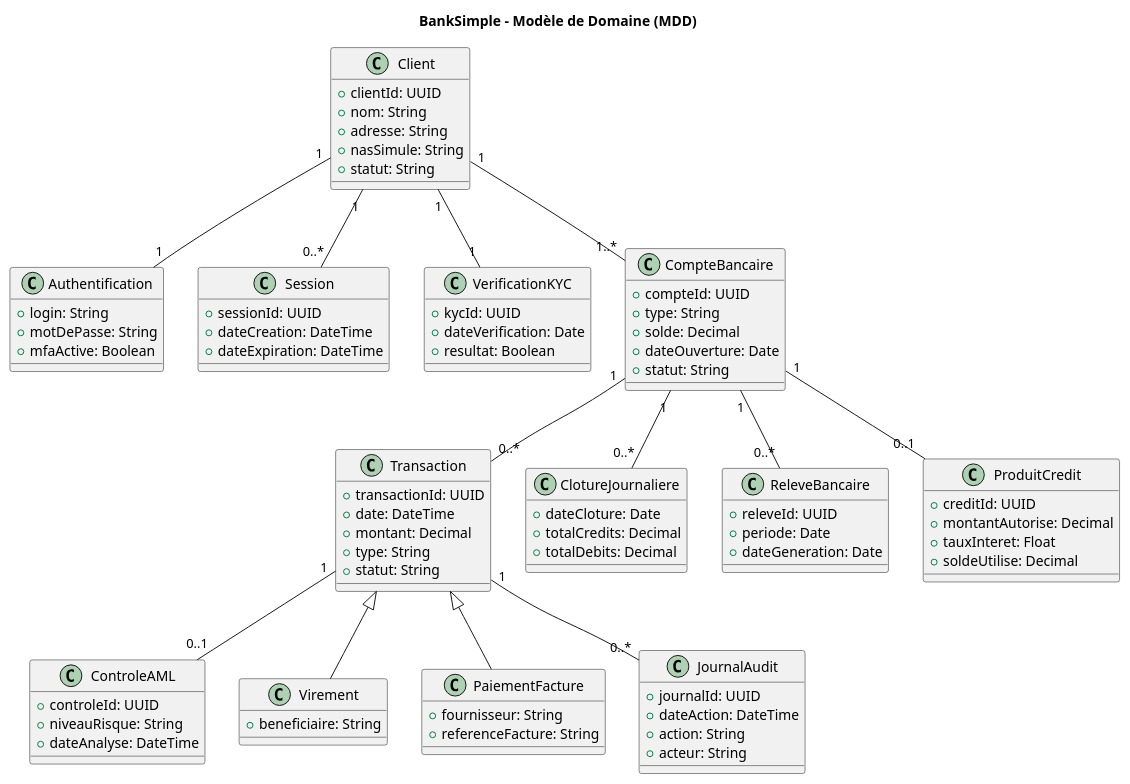
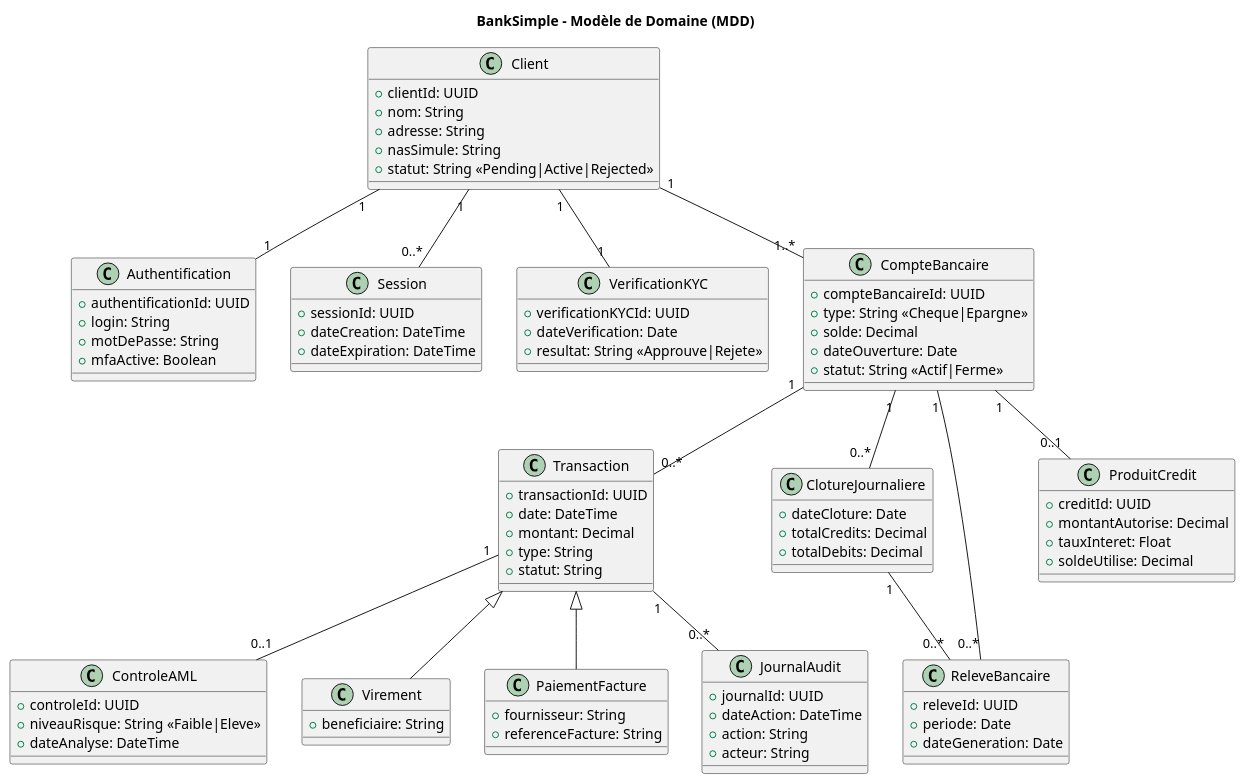
Before and after one commit to Toksunus/banksimple: the diagram in PlantUML/mdd.puml, drawn with PlantUML. The commit also changed 34 other files, not shown here.

Commit message:
plantUML diagram changes

```diff
--- a/PlantUML/mdd.puml
+++ b/PlantUML/mdd.puml
@@ -1,115 +1,118 @@
-@startuml
+@startuml mdd
 title BankSimple - Modèle de Domaine (MDD)
 
 class Client {
   +clientId: UUID
   +nom: String
   +adresse: String
   +nasSimule: String
-  +statut: String
+  +statut: String <<Pending|Active|Rejected>>
 }
 
 '===============================================
 
 class Authentification {
+  +authentificationId: UUID
   +login: String
   +motDePasse: String
   +mfaActive: Boolean
 }
 
 Client "1" -- "1" Authentification
 
 '===============================================
 
 class Session {
   +sessionId: UUID
   +dateCreation: DateTime
   +dateExpiration: DateTime
 }
 
 Client "1" -- "0..*" Session
 
 '===============================================
 
 class VerificationKYC {
-  +kycId: UUID
+  +verificationKYCId: UUID
   +dateVerification: Date
-  +resultat: Boolean
+  +resultat: String <<Approuve|Rejete>>
 }
 
 Client "1" -- "1" VerificationKYC
 
 '===============================================
 
 class CompteBancaire {
-  +compteId: UUID
-  +type: String
+  +compteBancaireId: UUID
+  +type: String <<Cheque|Epargne>>
   +solde: Decimal
   +dateOuverture: Date
-  +statut: String
+  +statut: String <<Actif|Ferme>>
 }
 
 class Transaction {
   +transactionId: UUID
   +date: DateTime
   +montant: Decimal
   +type: String
   +statut: String
 }
 
 class ControleAML {
   +controleId: UUID
-  +niveauRisque: String
+  +niveauRisque: String <<Faible|Eleve>>
   +dateAnalyse: DateTime
 }
 
 class Virement {
   +beneficiaire: String
 }
 
 class PaiementFacture {
   +fournisseur: String
   +referenceFacture: String
 }
 
 class JournalAudit {
   +journalId: UUID
   +dateAction: DateTime
   +action: String
   +acteur: String
 }
 
 class ClotureJournaliere {
   +dateCloture: Date
   +totalCredits: Decimal
   +totalDebits: Decimal
 }
 
 class ReleveBancaire {
   +releveId: UUID
   +periode: Date
   +dateGeneration: Date
 }
 
 class ProduitCredit {
   +creditId: UUID
   +montantAutorise: Decimal
   +tauxInteret: Float
   +soldeUtilise: Decimal
 }
 
 '===============================================
 
 Client "1" -- "1..*" CompteBancaire
 
 CompteBancaire "1" -- "0..*" Transaction
 CompteBancaire "1" -- "0..*" ReleveBancaire
 CompteBancaire "1" -- "0..1" ProduitCredit
 CompteBancaire "1" -- "0..*" ClotureJournaliere
 
 Transaction <|-- Virement
 Transaction <|-- PaiementFacture
 Transaction "1" -- "0..1" ControleAML
 Transaction "1" -- "0..*" JournalAudit
 
+ClotureJournaliere "1" -- "0..*" ReleveBancaire
+
 @enduml
```
